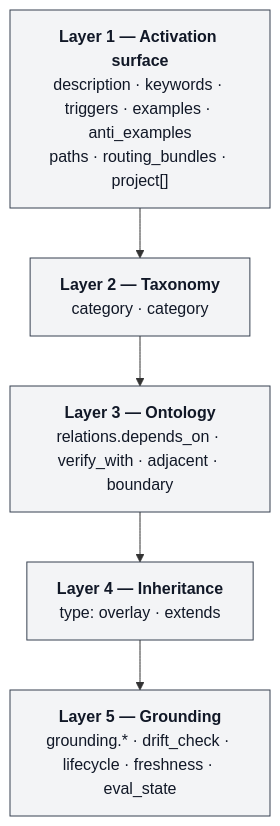
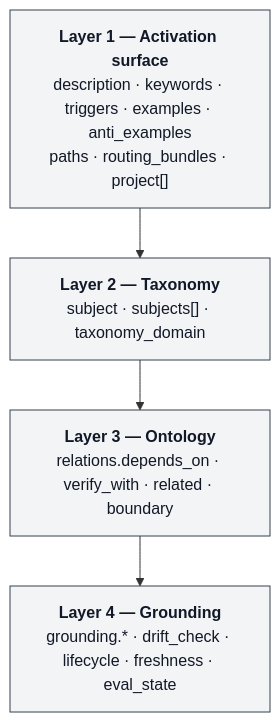
The diagram in docs/PRIMER.md (jacob-balslev/skill-graph), drawn with Mermaid before and after one commit. The commit also changed other lines of this file and 24 other files, not shown here.

````diff
--- a/docs/PRIMER.md
+++ b/docs/PRIMER.md
@@ -110,13 +110,12 @@
 ```mermaid
 flowchart TB
   L1["<b>Layer 1 — Activation surface</b><br/>description · keywords · triggers · examples · anti_examples<br/>paths · routing_bundles · project[]"]
-  L2["<b>Layer 2 — Taxonomy</b><br/>category · category"]
-  L3["<b>Layer 3 — Ontology</b><br/>relations.depends_on · verify_with · adjacent · boundary"]
-  L4["<b>Layer 4 — Inheritance</b><br/>type: overlay · extends"]
-  L5["<b>Layer 5 — Grounding</b><br/>grounding.* · drift_check · lifecycle · freshness · eval_state"]
+  L2["<b>Layer 2 — Taxonomy</b><br/>subject · subjects[] · taxonomy_domain"]
+  L3["<b>Layer 3 — Ontology</b><br/>relations.depends_on · verify_with · related · boundary"]
+  L4["<b>Layer 4 — Grounding</b><br/>grounding.* · drift_check · lifecycle · freshness · eval_state"]
 
-  L1 --> L2 --> L3 --> L4 --> L5
+  L1 --> L2 --> L3 --> L4
 
   classDef layer fill:#f3f4f6,stroke:#374151,color:#111827
-  class L1,L2,L3,L4,L5 layer
+  class L1,L2,L3,L4 layer
 ```
````
